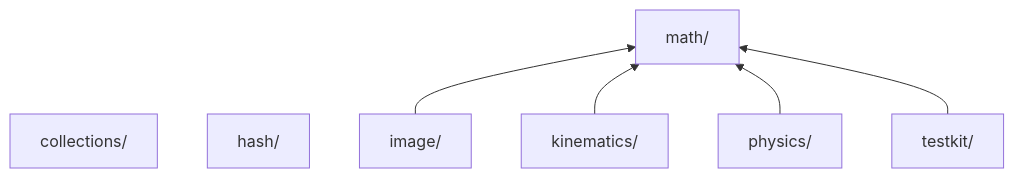
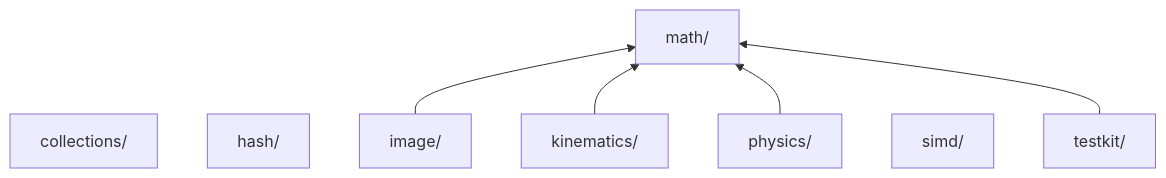
Before and after one commit to jose-villegas/autana: the second of 2 diagrams in docs/firmware/Layers.md, drawn with Mermaid. The commit also changed 23 other files, not shown here.

````diff
--- a/docs/firmware/Layers.md
+++ b/docs/firmware/Layers.md
@@ -132,14 +132,15 @@
 ```mermaid
 flowchart BT
     p_collections["collections/"]
     p_hash["hash/"]
     p_image["image/"]
     p_kinematics["kinematics/"]
     p_math["math/"]
     p_physics["physics/"]
+    p_simd["simd/"]
     p_testkit["testkit/"]
     p_image --> p_math
     p_kinematics --> p_math
     p_physics --> p_math
     p_testkit --> p_math
 ```
````
